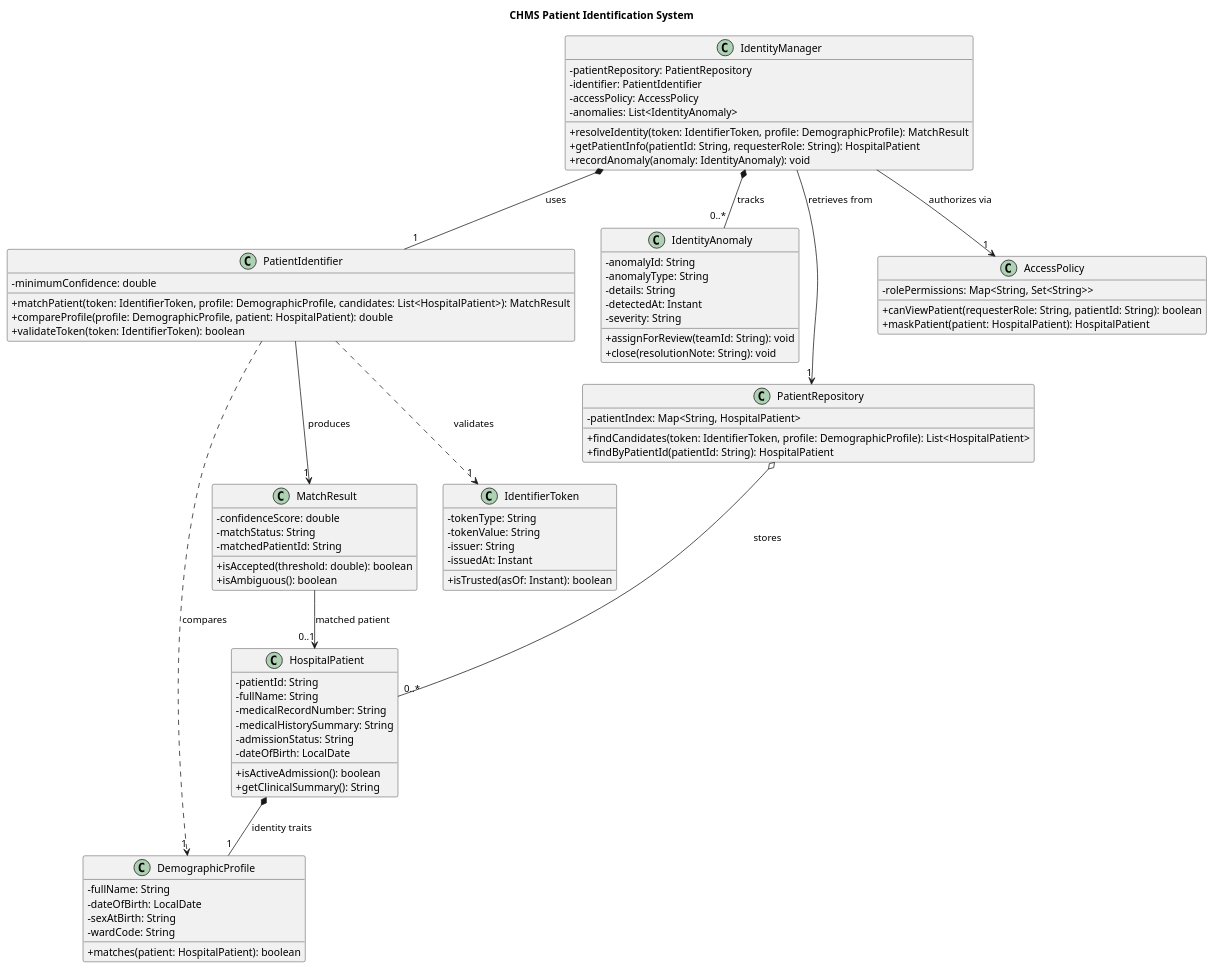
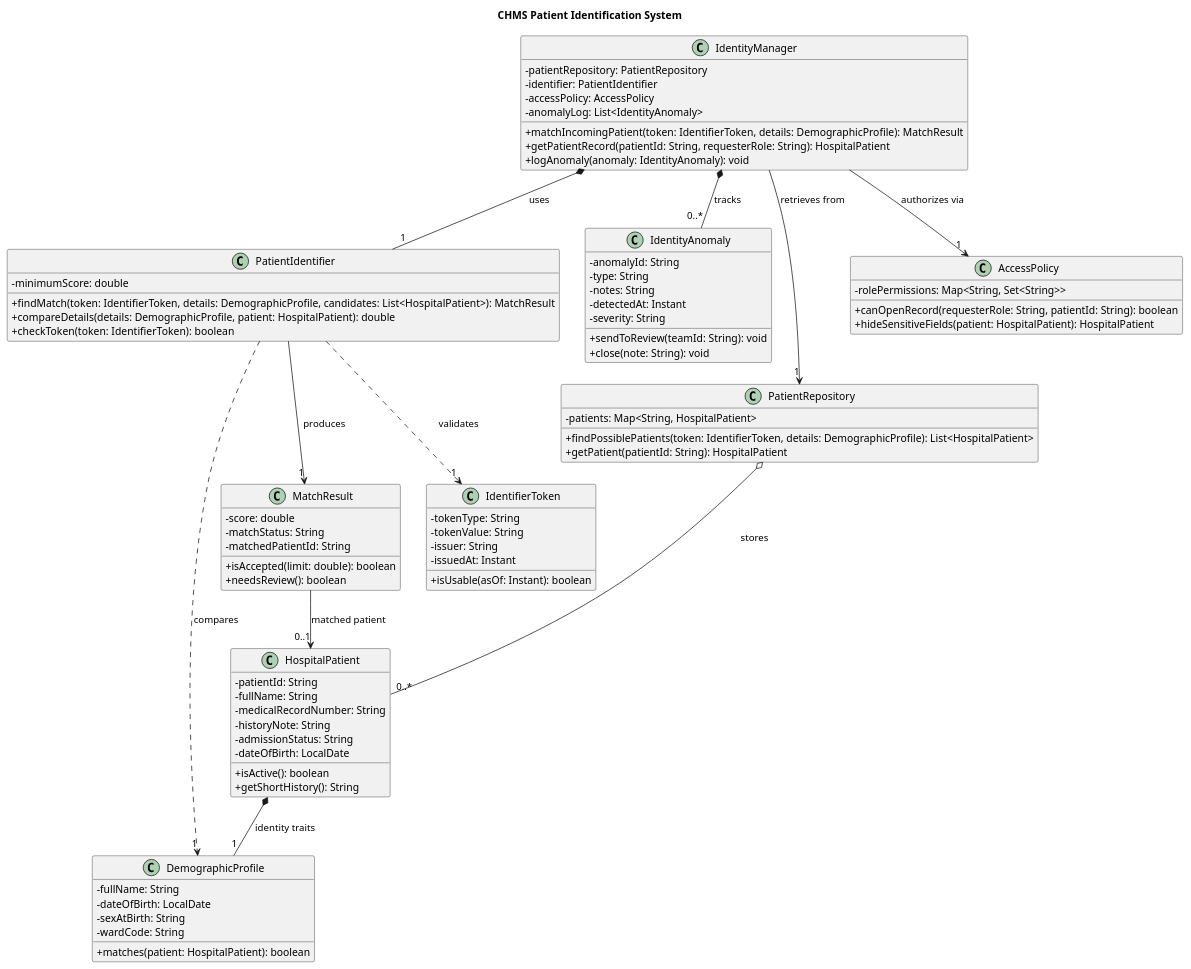
Before and after one commit to Matteo-RSV/Signal-Project-SE: the diagram in uml_models/patient_identification_system.puml, drawn with PlantUML. The commit also changed 8 other files, not shown here.

Commit message:
Finalize UML models and documentation

```diff
--- a/uml_models/patient_identification_system.puml
+++ b/uml_models/patient_identification_system.puml
@@ -1,90 +1,90 @@
 @startuml
 skinparam classAttributeIconSize 0
 title CHMS Patient Identification System
 
 class PatientIdentifier {
-  - minimumConfidence: double
-  + matchPatient(token: IdentifierToken, profile: DemographicProfile, candidates: List<HospitalPatient>): MatchResult
-  + compareProfile(profile: DemographicProfile, patient: HospitalPatient): double
-  + validateToken(token: IdentifierToken): boolean
+  - minimumScore: double
+  + findMatch(token: IdentifierToken, details: DemographicProfile, candidates: List<HospitalPatient>): MatchResult
+  + compareDetails(details: DemographicProfile, patient: HospitalPatient): double
+  + checkToken(token: IdentifierToken): boolean
 }
 
 class HospitalPatient {
   - patientId: String
   - fullName: String
   - medicalRecordNumber: String
-  - medicalHistorySummary: String
+  - historyNote: String
   - admissionStatus: String
   - dateOfBirth: LocalDate
-  + isActiveAdmission(): boolean
-  + getClinicalSummary(): String
+  + isActive(): boolean
+  + getShortHistory(): String
 }
 
 class IdentityManager {
   - patientRepository: PatientRepository
   - identifier: PatientIdentifier
   - accessPolicy: AccessPolicy
-  - anomalies: List<IdentityAnomaly>
-  + resolveIdentity(token: IdentifierToken, profile: DemographicProfile): MatchResult
-  + getPatientInfo(patientId: String, requesterRole: String): HospitalPatient
-  + recordAnomaly(anomaly: IdentityAnomaly): void
+  - anomalyLog: List<IdentityAnomaly>
+  + matchIncomingPatient(token: IdentifierToken, details: DemographicProfile): MatchResult
+  + getPatientRecord(patientId: String, requesterRole: String): HospitalPatient
+  + logAnomaly(anomaly: IdentityAnomaly): void
 }
 
 class DemographicProfile {
   - fullName: String
   - dateOfBirth: LocalDate
   - sexAtBirth: String
   - wardCode: String
   + matches(patient: HospitalPatient): boolean
 }
 
 class MatchResult {
-  - confidenceScore: double
+  - score: double
   - matchStatus: String
   - matchedPatientId: String
-  + isAccepted(threshold: double): boolean
-  + isAmbiguous(): boolean
+  + isAccepted(limit: double): boolean
+  + needsReview(): boolean
 }
 
 class IdentityAnomaly {
   - anomalyId: String
-  - anomalyType: String
-  - details: String
+  - type: String
+  - notes: String
   - detectedAt: Instant
   - severity: String
-  + assignForReview(teamId: String): void
-  + close(resolutionNote: String): void
+  + sendToReview(teamId: String): void
+  + close(note: String): void
 }
 
 class IdentifierToken {
   - tokenType: String
   - tokenValue: String
   - issuer: String
   - issuedAt: Instant
-  + isTrusted(asOf: Instant): boolean
+  + isUsable(asOf: Instant): boolean
 }
 
 class PatientRepository {
-  - patientIndex: Map<String, HospitalPatient>
-  + findCandidates(token: IdentifierToken, profile: DemographicProfile): List<HospitalPatient>
-  + findByPatientId(patientId: String): HospitalPatient
+  - patients: Map<String, HospitalPatient>
+  + findPossiblePatients(token: IdentifierToken, details: DemographicProfile): List<HospitalPatient>
+  + getPatient(patientId: String): HospitalPatient
 }
 
 class AccessPolicy {
   - rolePermissions: Map<String, Set<String>>
-  + canViewPatient(requesterRole: String, patientId: String): boolean
-  + maskPatient(patient: HospitalPatient): HospitalPatient
+  + canOpenRecord(requesterRole: String, patientId: String): boolean
+  + hideSensitiveFields(patient: HospitalPatient): HospitalPatient
 }
 
 IdentityManager *-- "1" PatientIdentifier : uses
 IdentityManager --> "1" PatientRepository : retrieves from
 IdentityManager --> "1" AccessPolicy : authorizes via
 IdentityManager *-- "0..*" IdentityAnomaly : tracks
 PatientRepository o-- "0..*" HospitalPatient : stores
 PatientIdentifier ..> "1" IdentifierToken : validates
 PatientIdentifier ..> "1" DemographicProfile : compares
 PatientIdentifier --> "1" MatchResult : produces
 MatchResult --> "0..1" HospitalPatient : matched patient
 HospitalPatient *-- "1" DemographicProfile : identity traits
 
 @enduml
```
